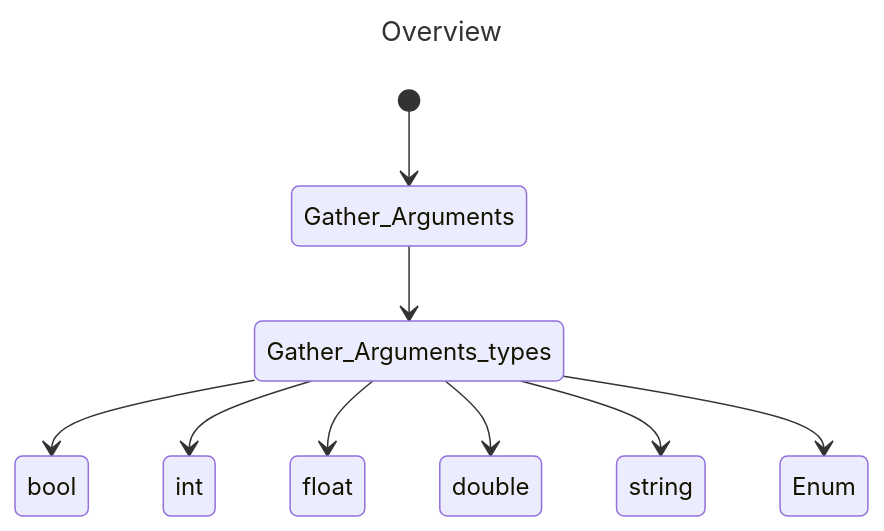
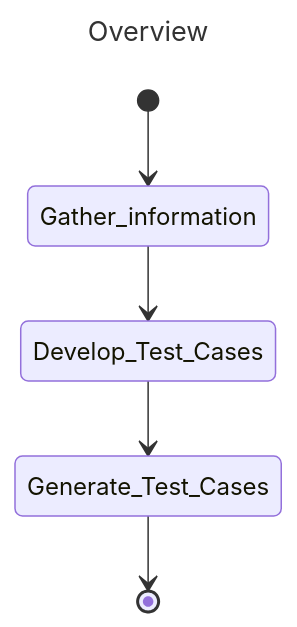
One commit to Caelan0501/devops_testgen changed the diagram in docs/State_Diagram.mmd. Above: the diagram before and after it, drawn with Mermaid. The commit also changed 3 other files, not shown here.

```diff
--- a/docs/State_Diagram.mmd
+++ b/docs/State_Diagram.mmd
@@ -1,14 +1,8 @@
 ---
 title: Overview
 ---
 stateDiagram-v2
-    [*] --> Gather_Arguments
-
-    Gather_Arguments --> Gather_Arguments_types
-
-    Gather_Arguments_types --> bool
-    Gather_Arguments_types --> int
-    Gather_Arguments_types --> float
-    Gather_Arguments_types --> double
-    Gather_Arguments_types --> string
-    Gather_Arguments_types --> Enum
+    [*] --> Gather_information
+    Gather_information --> Develop_Test_Cases
+    Develop_Test_Cases --> Generate_Test_Cases
+    Generate_Test_Cases --> [*]
```
